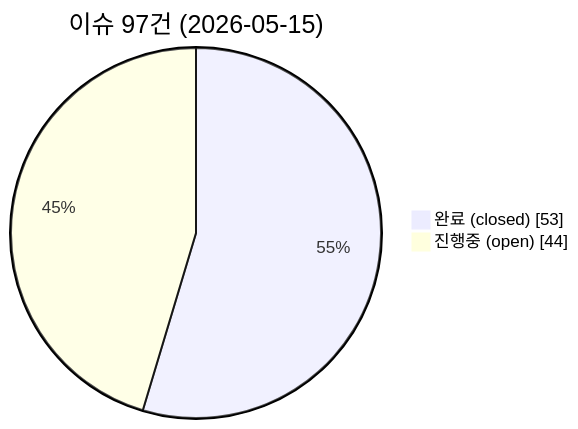
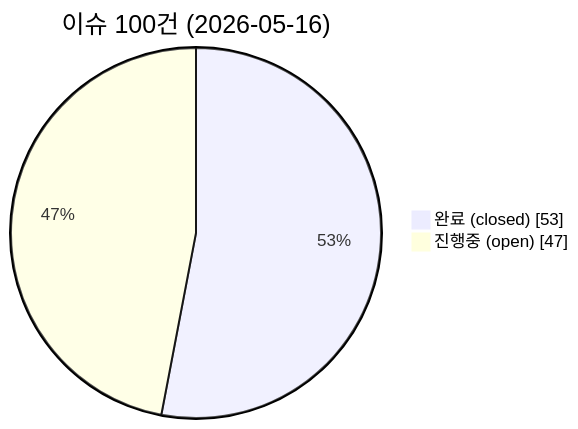
One commit to holee9/MD-process changed the first of 4 diagrams in README.md. Above: the diagram before and after it, drawn with Mermaid. The commit also changed other lines of this file, not shown here.

````diff
--- a/README.md
+++ b/README.md
@@ -89,6 +89,6 @@
 ```mermaid
 pie showData
-    title 이슈 97건 (2026-05-15)
+    title 이슈 100건 (2026-05-16)
     "완료 (closed)" : 53
-    "진행중 (open)" : 44
+    "진행중 (open)" : 47
 ```
````
